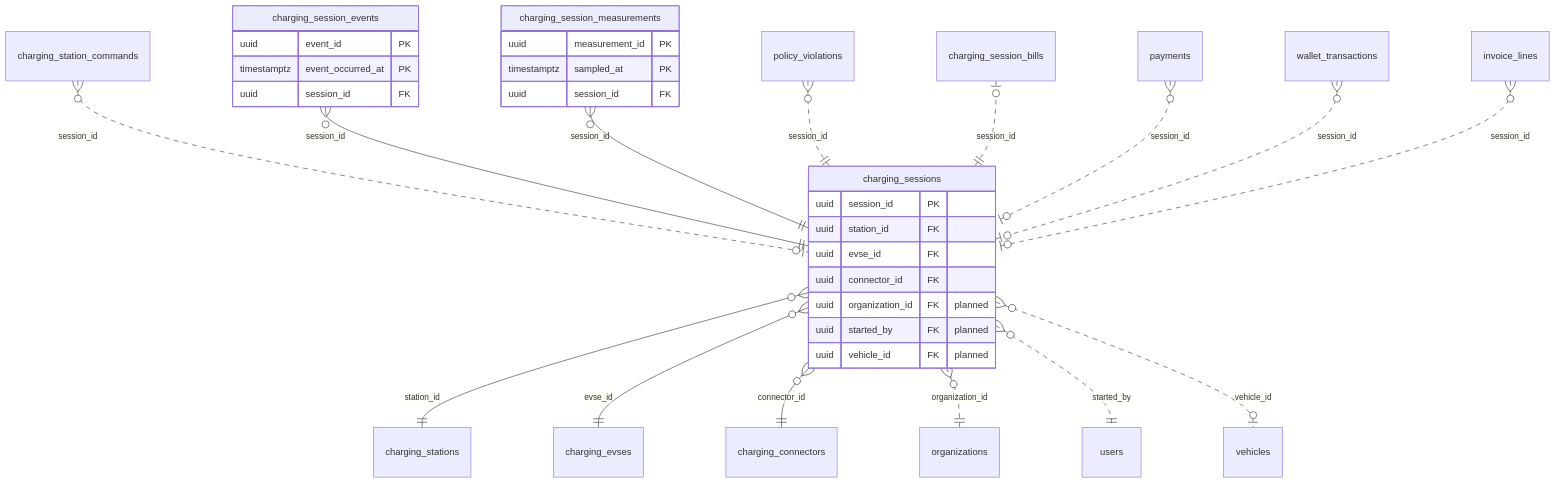
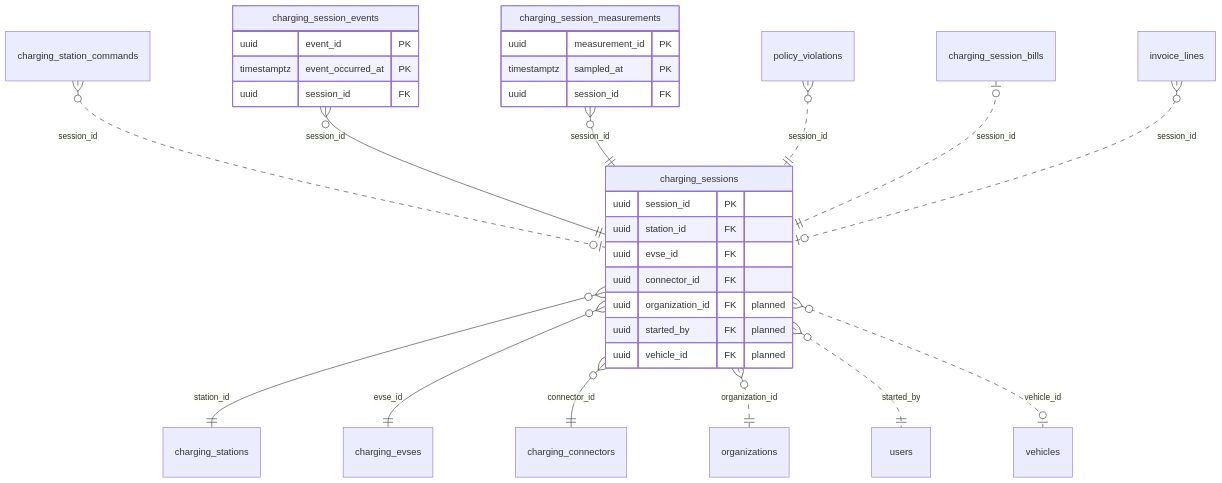
One commit to yolo-coccoc/G3Network-app changed the diagram in docs/design/domain-model/domains/charging_sessions.md. Above: the diagram before and after it, drawn with Mermaid. The commit also changed other lines of this file and 10 other files, not shown here.

First line of the commit message:
docs(domain-model): design wallets, wallet transactions and payments

````diff
--- a/docs/design/domain-model/domains/charging_sessions.md
+++ b/docs/design/domain-model/domains/charging_sessions.md
@@ -17,36 +17,34 @@
 ```mermaid
 erDiagram
   charging_sessions {
     uuid session_id PK
     uuid station_id FK
     uuid evse_id FK
     uuid connector_id FK
     uuid organization_id FK "planned"
     uuid started_by FK "planned"
     uuid vehicle_id FK "planned"
   }
   charging_session_events {
     uuid event_id PK
     timestamptz event_occurred_at PK
     uuid session_id FK
   }
   charging_session_measurements {
     uuid measurement_id PK
     timestamptz sampled_at PK
     uuid session_id FK
   }
   charging_station_commands }o..o| charging_sessions : "session_id"
   charging_sessions }o--|| charging_stations : "station_id"
   charging_sessions }o--|| charging_evses : "evse_id"
   charging_sessions }o--|| charging_connectors : "connector_id"
   charging_sessions }o..|| organizations : "organization_id"
   charging_sessions }o..|| users : "started_by"
   charging_sessions }o..o| vehicles : "vehicle_id"
   charging_session_events }o--|| charging_sessions : "session_id"
   charging_session_measurements }o--|| charging_sessions : "session_id"
   policy_violations }o..|| charging_sessions : "session_id"
   charging_session_bills |o..|| charging_sessions : "session_id"
-  payments }o..o| charging_sessions : "session_id"
-  wallet_transactions }o..o| charging_sessions : "session_id"
   invoice_lines }o..o| charging_sessions : "session_id"
 ```
````
